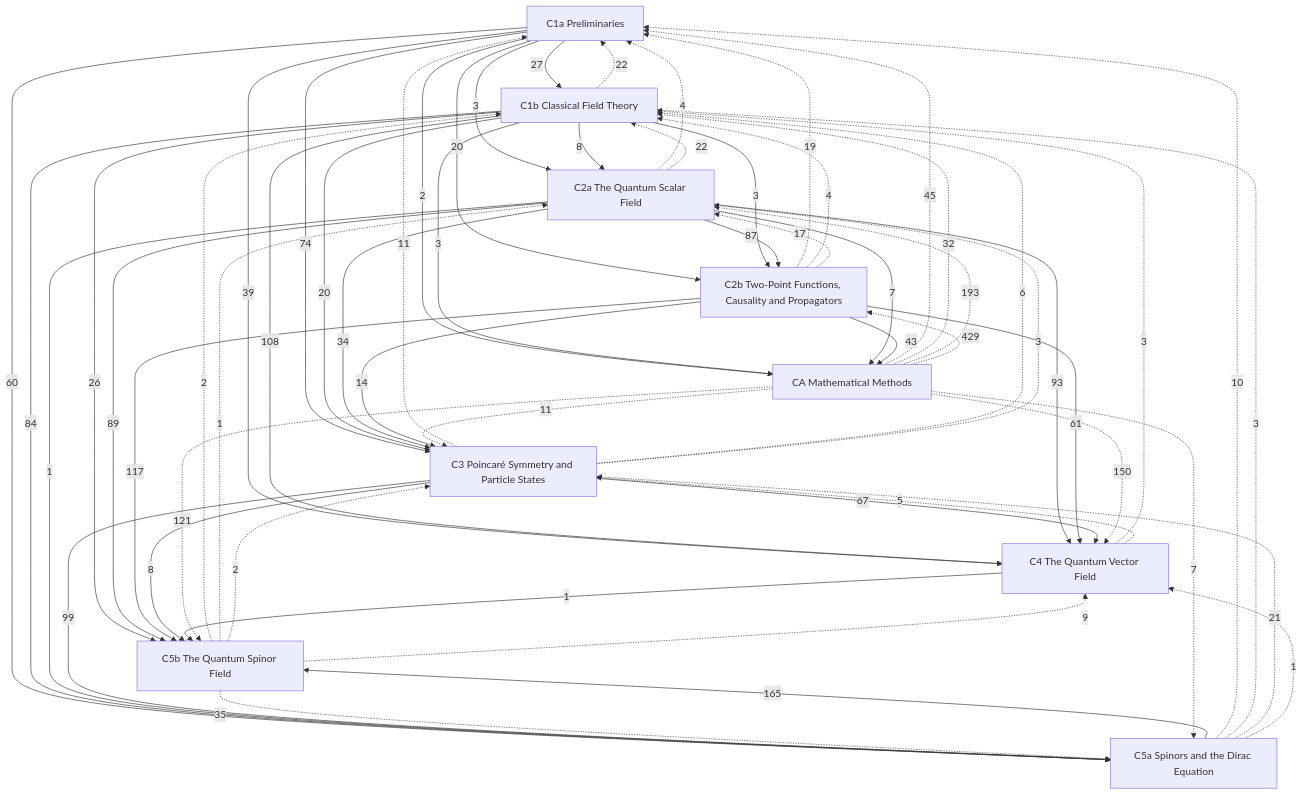
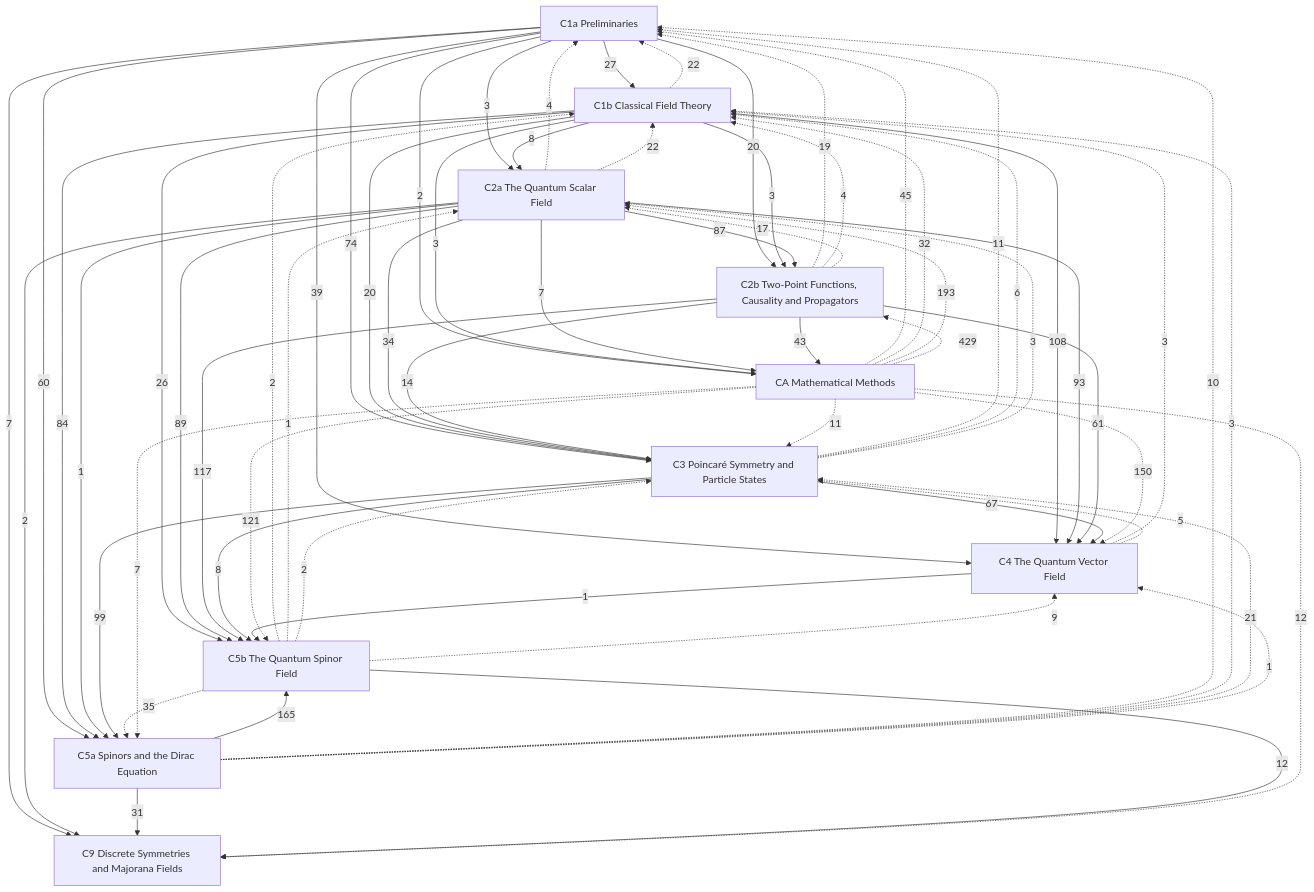
One commit to Onion20040508/notes changed the diagram in Physics/Quantum Field Theory/Quantum Field Theory.md. Above: the diagram before and after it, drawn with Mermaid. The commit also changed other lines of this file and 20 other files, not shown here.

````diff
--- a/Physics/Quantum Field Theory/Quantum Field Theory.md
+++ b/Physics/Quantum Field Theory/Quantum Field Theory.md
@@ -28,69 +29,75 @@
 ```mermaid
 graph TD
   C1a["C1a Preliminaries"]
   C1b["C1b Classical Field Theory"]
   C2a["C2a The Quantum Scalar Field"]
   C2b["C2b Two-Point Functions, Causality and Propagators"]
   C3["C3 Poincaré Symmetry and Particle States"]
   C4["C4 The Quantum Vector Field"]
   C5a["C5a Spinors and the Dirac Equation"]
   C5b["C5b The Quantum Spinor Field"]
+  C9["C9 Discrete Symmetries and Majorana Fields"]
   CA["CA Mathematical Methods"]
   C1a -->|27| C1b
   C1a -->|3| C2a
   C1b -->|8| C2a
   C1a -->|20| C2b
   C1b -->|3| C2b
   C2a -->|87| C2b
   C1a -->|74| C3
   C1b -->|20| C3
   C2a -->|34| C3
   C2b -->|14| C3
   C1a -->|39| C4
   C1b -->|108| C4
   C2a -->|93| C4
   C2b -->|61| C4
   C3 -->|67| C4
   C1a -->|60| C5a
   C1b -->|84| C5a
   C2a -->|1| C5a
   C3 -->|99| C5a
   C1b -->|26| C5b
   C2a -->|89| C5b
   C2b -->|117| C5b
   C3 -->|8| C5b
   C4 -->|1| C5b
   C5a -->|165| C5b
+  C1a -->|7| C9
+  C2a -->|2| C9
+  C5a -->|31| C9
+  C5b -->|12| C9
   C1a -->|2| CA
   C1b -->|3| CA
   C2a -->|7| CA
   C2b -->|43| CA
   C1b -.->|22| C1a
   C2a -.->|4| C1a
   C2b -.->|19| C1a
   C3 -.->|11| C1a
   C5a -.->|10| C1a
   CA -.->|45| C1a
   C2a -.->|22| C1b
   C2b -.->|4| C1b
   C3 -.->|6| C1b
   C4 -.->|3| C1b
   C5a -.->|3| C1b
   C5b -.->|2| C1b
   CA -.->|32| C1b
   C2b -.->|17| C2a
   C3 -.->|3| C2a
   C5b -.->|1| C2a
   CA -.->|193| C2a
   CA -.->|429| C2b
   C4 -.->|5| C3
   C5a -.->|21| C3
   C5b -.->|2| C3
   CA -.->|11| C3
   C5a -.->|1| C4
   C5b -.->|9| C4
   CA -.->|150| C4
   C5b -.->|35| C5a
   CA -.->|7| C5a
   CA -.->|121| C5b
+  CA -.->|12| C9
 ```
````
